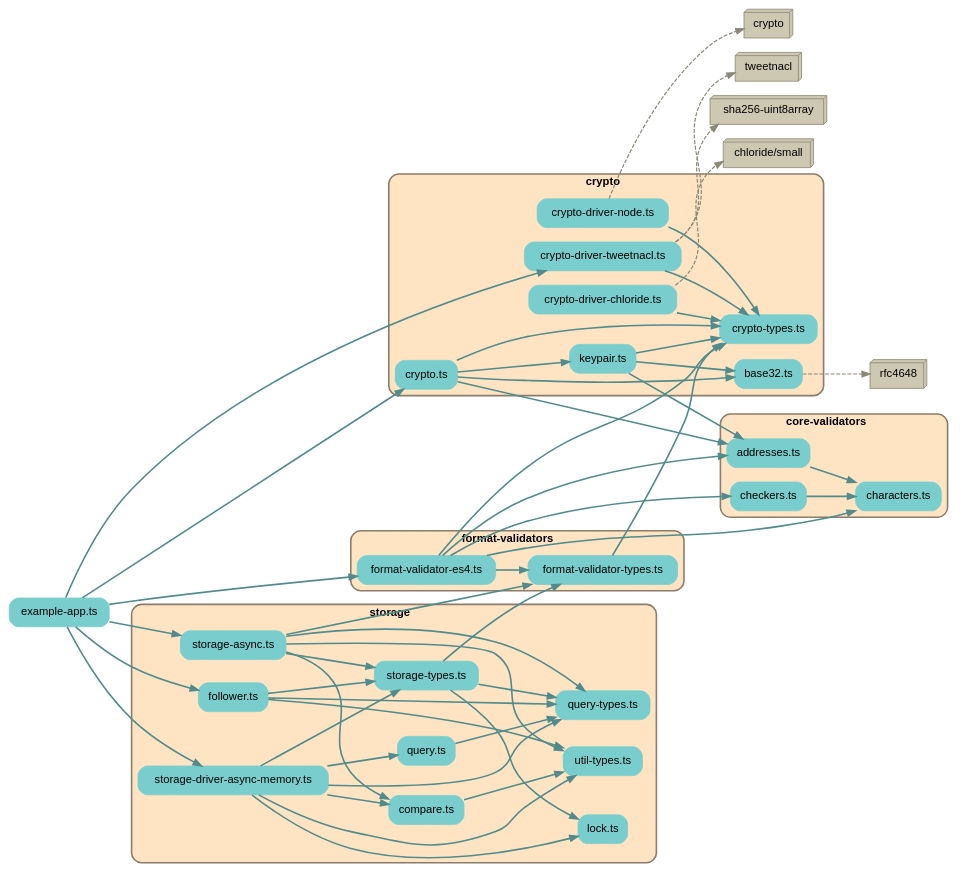
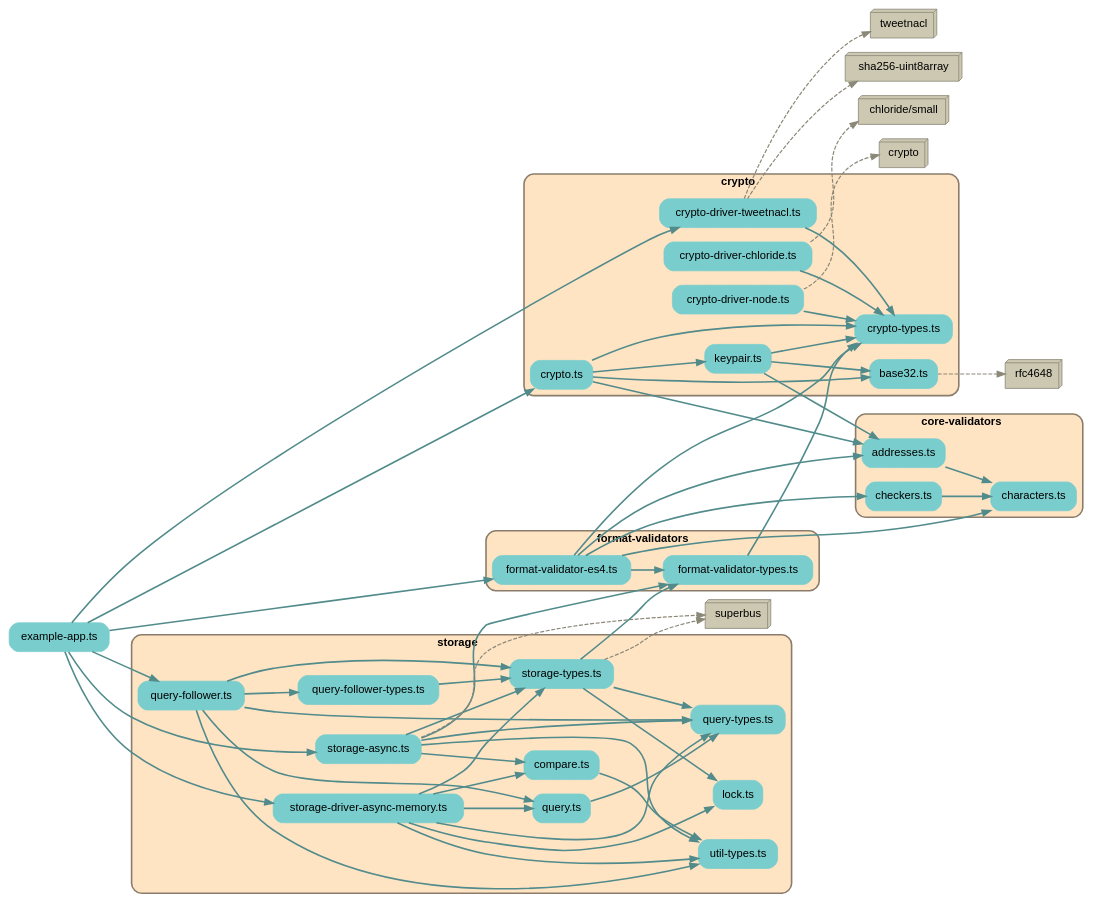
Before and after one commit to earthstar-project/earthstar: the diagram in depchart/depchart-deps.dot, drawn with Graphviz. The commit also changed 8 other files, not shown here.

```diff
--- a/depchart/depchart-deps.dot
+++ b/depchart/depchart-deps.dot
@@ -1,132 +1,139 @@
 
 digraph G {
     //splines=line;
     //splines=polyline;
     splines=true;
     rankdir=LR;
     //newrank=true;
     compound=true;
     graph [fontname = "helvetica"];  // dpi=72
     node [fontname = "helvetica"];
     edge [fontname = "helvetica"];
     
     // files in their folder clusters
         "src/example-app.ts" [label="example-app.ts", shape=rectangle; style="rounded,filled"; color=darkslategray3];
 
-        subgraph cluster9858099127 {
+        subgraph cluster2936914699 {
             label=<<b>core-validators</b>>;
             style="rounded,filled";
             fillcolor=bisque;
             color=bisque4;
             penwidth=2;
                     
             "src/core-validators/addresses.ts" [label="addresses.ts", shape=rectangle; style="rounded,filled"; color=darkslategray3];
             "src/core-validators/characters.ts" [label="characters.ts", shape=rectangle; style="rounded,filled"; color=darkslategray3];
             "src/core-validators/checkers.ts" [label="checkers.ts", shape=rectangle; style="rounded,filled"; color=darkslategray3];
         }
 
-        subgraph cluster5951500733 {
+        subgraph cluster6872782039 {
             label=<<b>crypto</b>>;
             style="rounded,filled";
             fillcolor=bisque;
             color=bisque4;
             penwidth=2;
                     
             "src/crypto/base32.ts" [label="base32.ts", shape=rectangle; style="rounded,filled"; color=darkslategray3];
             "src/crypto/crypto-driver-chloride.ts" [label="crypto-driver-chloride.ts", shape=rectangle; style="rounded,filled"; color=darkslategray3];
             "src/crypto/crypto-driver-node.ts" [label="crypto-driver-node.ts", shape=rectangle; style="rounded,filled"; color=darkslategray3];
             "src/crypto/crypto-driver-tweetnacl.ts" [label="crypto-driver-tweetnacl.ts", shape=rectangle; style="rounded,filled"; color=darkslategray3];
             "src/crypto/crypto-types.ts" [label="crypto-types.ts", shape=rectangle; style="rounded,filled"; color=darkslategray3];
             "src/crypto/crypto.ts" [label="crypto.ts", shape=rectangle; style="rounded,filled"; color=darkslategray3];
             "src/crypto/keypair.ts" [label="keypair.ts", shape=rectangle; style="rounded,filled"; color=darkslategray3];
         }
 
-        subgraph cluster7496942113 {
+        subgraph cluster5607067845 {
             label=<<b>format-validators</b>>;
             style="rounded,filled";
             fillcolor=bisque;
             color=bisque4;
             penwidth=2;
                     
             "src/format-validators/format-validator-es4.ts" [label="format-validator-es4.ts", shape=rectangle; style="rounded,filled"; color=darkslategray3];
             "src/format-validators/format-validator-types.ts" [label="format-validator-types.ts", shape=rectangle; style="rounded,filled"; color=darkslategray3];
         }
 
-        subgraph cluster1777299692 {
+        subgraph cluster8524025651 {
             label=<<b>storage</b>>;
             style="rounded,filled";
             fillcolor=bisque;
             color=bisque4;
             penwidth=2;
                     
             "src/storage/compare.ts" [label="compare.ts", shape=rectangle; style="rounded,filled"; color=darkslategray3];
-            "src/storage/follower.ts" [label="follower.ts", shape=rectangle; style="rounded,filled"; color=darkslategray3];
             "src/storage/lock.ts" [label="lock.ts", shape=rectangle; style="rounded,filled"; color=darkslategray3];
+            "src/storage/query-follower-types.ts" [label="query-follower-types.ts", shape=rectangle; style="rounded,filled"; color=darkslategray3];
+            "src/storage/query-follower.ts" [label="query-follower.ts", shape=rectangle; style="rounded,filled"; color=darkslategray3];
             "src/storage/query-types.ts" [label="query-types.ts", shape=rectangle; style="rounded,filled"; color=darkslategray3];
             "src/storage/query.ts" [label="query.ts", shape=rectangle; style="rounded,filled"; color=darkslategray3];
             "src/storage/storage-async.ts" [label="storage-async.ts", shape=rectangle; style="rounded,filled"; color=darkslategray3];
             "src/storage/storage-driver-async-memory.ts" [label="storage-driver-async-memory.ts", shape=rectangle; style="rounded,filled"; color=darkslategray3];
             "src/storage/storage-types.ts" [label="storage-types.ts", shape=rectangle; style="rounded,filled"; color=darkslategray3];
             "src/storage/util-types.ts" [label="util-types.ts", shape=rectangle; style="rounded,filled"; color=darkslategray3];
         }
 
     // packages not in their own cluster
         "rfc4648" [shape=box3d, style=filled, fillcolor=cornsilk3, color=cornsilk4];
         "chloride/small" [shape=box3d, style=filled, fillcolor=cornsilk3, color=cornsilk4];
         "crypto" [shape=box3d, style=filled, fillcolor=cornsilk3, color=cornsilk4];
         "tweetnacl" [shape=box3d, style=filled, fillcolor=cornsilk3, color=cornsilk4];
         "sha256-uint8array" [shape=box3d, style=filled, fillcolor=cornsilk3, color=cornsilk4];
+        "superbus" [shape=box3d, style=filled, fillcolor=cornsilk3, color=cornsilk4];
 
     // edges between files
     "src/core-validators/addresses.ts" -> "src/core-validators/characters.ts" [penwidth=2; color=darkslategray4];
     "src/core-validators/checkers.ts" -> "src/core-validators/characters.ts" [penwidth=2; color=darkslategray4];
     "src/crypto/crypto-driver-chloride.ts" -> "src/crypto/crypto-types.ts" [penwidth=2; color=darkslategray4];
     "src/crypto/crypto-driver-node.ts" -> "src/crypto/crypto-types.ts" [penwidth=2; color=darkslategray4];
     "src/crypto/crypto-driver-tweetnacl.ts" -> "src/crypto/crypto-types.ts" [penwidth=2; color=darkslategray4];
     "src/crypto/crypto.ts" -> "src/crypto/crypto-types.ts" [penwidth=2; color=darkslategray4];
     "src/crypto/crypto.ts" -> "src/crypto/base32.ts" [penwidth=2; color=darkslategray4];
     "src/crypto/crypto.ts" -> "src/crypto/keypair.ts" [penwidth=2; color=darkslategray4];
     "src/crypto/crypto.ts" -> "src/core-validators/addresses.ts" [penwidth=2; color=darkslategray4];
     "src/crypto/keypair.ts" -> "src/crypto/base32.ts" [penwidth=2; color=darkslategray4];
     "src/crypto/keypair.ts" -> "src/crypto/crypto-types.ts" [penwidth=2; color=darkslategray4];
     "src/crypto/keypair.ts" -> "src/core-validators/addresses.ts" [penwidth=2; color=darkslategray4];
     "src/example-app.ts" -> "src/format-validators/format-validator-es4.ts" [penwidth=2; color=darkslategray4];
     "src/example-app.ts" -> "src/storage/storage-driver-async-memory.ts" [penwidth=2; color=darkslategray4];
     "src/example-app.ts" -> "src/storage/storage-async.ts" [penwidth=2; color=darkslategray4];
-    "src/example-app.ts" -> "src/storage/follower.ts" [penwidth=2; color=darkslategray4];
     "src/example-app.ts" -> "src/crypto/crypto.ts" [penwidth=2; color=darkslategray4];
     "src/example-app.ts" -> "src/crypto/crypto-driver-tweetnacl.ts" [penwidth=2; color=darkslategray4];
+    "src/example-app.ts" -> "src/storage/query-follower.ts" [penwidth=2; color=darkslategray4];
     "src/format-validators/format-validator-es4.ts" -> "src/format-validators/format-validator-types.ts" [penwidth=2; color=darkslategray4];
     "src/format-validators/format-validator-es4.ts" -> "src/crypto/crypto-types.ts" [penwidth=2; color=darkslategray4];
     "src/format-validators/format-validator-es4.ts" -> "src/core-validators/characters.ts" [penwidth=2; color=darkslategray4];
     "src/format-validators/format-validator-es4.ts" -> "src/core-validators/checkers.ts" [penwidth=2; color=darkslategray4];
     "src/format-validators/format-validator-es4.ts" -> "src/core-validators/addresses.ts" [penwidth=2; color=darkslategray4];
     "src/format-validators/format-validator-types.ts" -> "src/crypto/crypto-types.ts" [penwidth=2; color=darkslategray4];
     "src/storage/compare.ts" -> "src/storage/util-types.ts" [penwidth=2; color=darkslategray4];
-    "src/storage/follower.ts" -> "src/storage/util-types.ts" [penwidth=2; color=darkslategray4];
-    "src/storage/follower.ts" -> "src/storage/query-types.ts" [penwidth=2; color=darkslategray4];
-    "src/storage/follower.ts" -> "src/storage/storage-types.ts" [penwidth=2; color=darkslategray4];
+    "src/storage/query-follower-types.ts" -> "src/storage/storage-types.ts" [penwidth=2; color=darkslategray4];
+    "src/storage/query-follower.ts" -> "src/storage/util-types.ts" [penwidth=2; color=darkslategray4];
+    "src/storage/query-follower.ts" -> "src/storage/query-types.ts" [penwidth=2; color=darkslategray4];
+    "src/storage/query-follower.ts" -> "src/storage/storage-types.ts" [penwidth=2; color=darkslategray4];
+    "src/storage/query-follower.ts" -> "src/storage/query.ts" [penwidth=2; color=darkslategray4];
+    "src/storage/query-follower.ts" -> "src/storage/query-follower-types.ts" [penwidth=2; color=darkslategray4];
     "src/storage/query.ts" -> "src/storage/query-types.ts" [penwidth=2; color=darkslategray4];
     "src/storage/storage-async.ts" -> "src/storage/util-types.ts" [penwidth=2; color=darkslategray4];
     "src/storage/storage-async.ts" -> "src/storage/query-types.ts" [penwidth=2; color=darkslategray4];
     "src/storage/storage-async.ts" -> "src/storage/storage-types.ts" [penwidth=2; color=darkslategray4];
     "src/storage/storage-async.ts" -> "src/format-validators/format-validator-types.ts" [penwidth=2; color=darkslategray4];
     "src/storage/storage-async.ts" -> "src/storage/compare.ts" [penwidth=2; color=darkslategray4];
     "src/storage/storage-driver-async-memory.ts" -> "src/storage/util-types.ts" [penwidth=2; color=darkslategray4];
     "src/storage/storage-driver-async-memory.ts" -> "src/storage/query-types.ts" [penwidth=2; color=darkslategray4];
     "src/storage/storage-driver-async-memory.ts" -> "src/storage/storage-types.ts" [penwidth=2; color=darkslategray4];
     "src/storage/storage-driver-async-memory.ts" -> "src/storage/compare.ts" [penwidth=2; color=darkslategray4];
     "src/storage/storage-driver-async-memory.ts" -> "src/storage/query.ts" [penwidth=2; color=darkslategray4];
     "src/storage/storage-driver-async-memory.ts" -> "src/storage/lock.ts" [penwidth=2; color=darkslategray4];
     "src/storage/storage-types.ts" -> "src/storage/query-types.ts" [penwidth=2; color=darkslategray4];
     "src/storage/storage-types.ts" -> "src/format-validators/format-validator-types.ts" [penwidth=2; color=darkslategray4];
     "src/storage/storage-types.ts" -> "src/storage/lock.ts" [penwidth=2; color=darkslategray4];
 
     // edges from files to packages
     "src/crypto/base32.ts" -> "rfc4648" [penwidth=1.5; style=dashed, color=cornsilk4, weight=1];
     "src/crypto/crypto-driver-chloride.ts" -> "chloride/small" [penwidth=1.5; style=dashed, color=cornsilk4, weight=1];
     "src/crypto/crypto-driver-node.ts" -> "crypto" [penwidth=1.5; style=dashed, color=cornsilk4, weight=1];
     "src/crypto/crypto-driver-tweetnacl.ts" -> "tweetnacl" [penwidth=1.5; style=dashed, color=cornsilk4, weight=1];
     "src/crypto/crypto-driver-tweetnacl.ts" -> "sha256-uint8array" [penwidth=1.5; style=dashed, color=cornsilk4, weight=1];
+    "src/storage/storage-async.ts" -> "superbus" [penwidth=1.5; style=dashed, color=cornsilk4, weight=1];
+    "src/storage/storage-types.ts" -> "superbus" [penwidth=1.5; style=dashed, color=cornsilk4, weight=1];
 
 }
```
